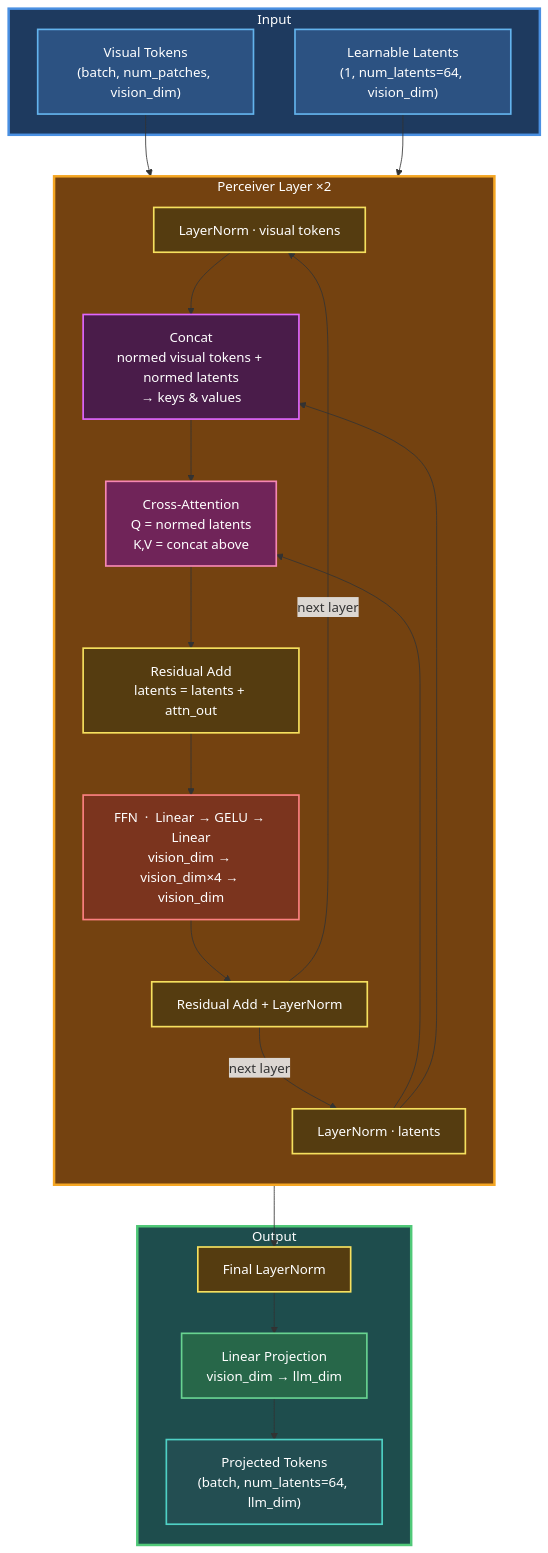
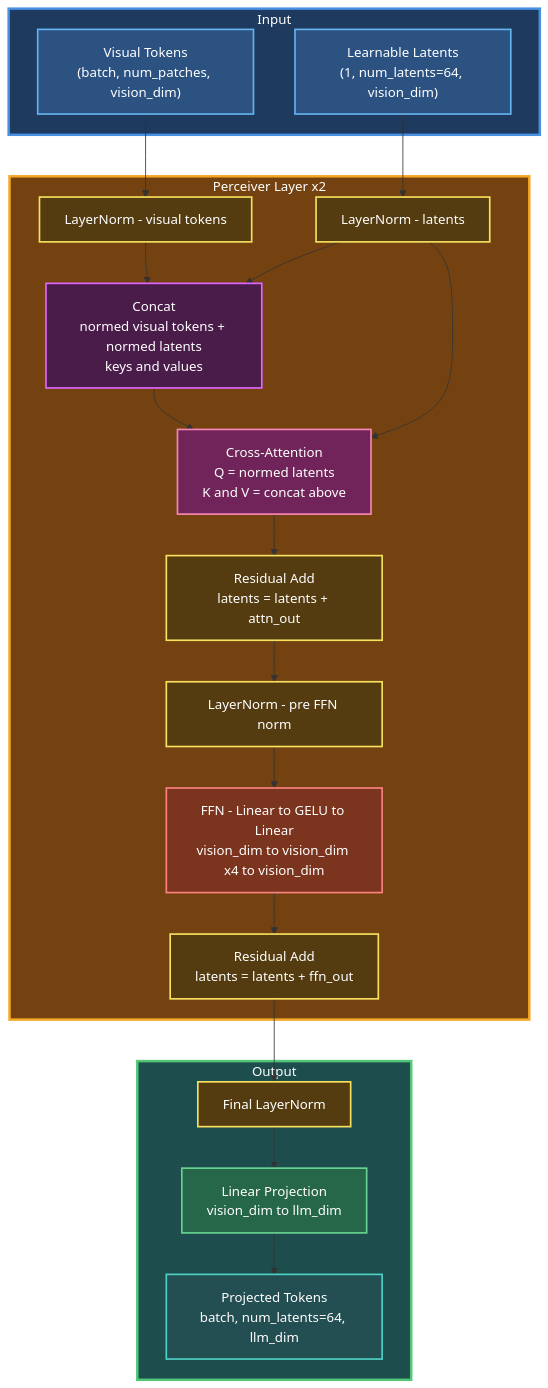
Before and after one commit to hinsonan/hinsonan.github.io: the third of 4 diagrams in _posts/2026-03-18-how-to-create-multi-modal-models-part-2.md, drawn with Mermaid. The commit also changed other lines of this file and 28 other files, not shown here.

```diff
--- a/_posts/2026-03-18-how-to-create-multi-modal-models-part-2.md
+++ b/_posts/2026-03-18-how-to-create-multi-modal-models-part-2.md
@@ -122,55 +120,55 @@
 <div class="mermaid">
 flowchart TB
     subgraph Input["Input"]
-        VT["Visual Tokens\n(batch, num_patches, vision_dim)"]
-        LA["Learnable Latents\n(1, num_latents=64, vision_dim)"]
+        VT["Visual Tokens<br/>(batch, num_patches, vision_dim)"]
+        LA["Learnable Latents<br/>(1, num_latents=64, vision_dim)"]
     end
 
-    subgraph Layer["Perceiver Layer  ×2"]
-        direction TB
-        NM["LayerNorm  ·  visual tokens"]
-        NL["LayerNorm  ·  latents"]
-        CAT["Concat\nnormed visual tokens + normed latents\n→ keys & values"]
-        CA["Cross-Attention\nQ = normed latents\nK,V = concat above"]
-        RES["Residual Add\nlatents = latents + attn_out"]
-        FFN["FFN  ·  Linear → GELU → Linear\nvision_dim → vision_dim×4 → vision_dim"]
-        FRES["Residual Add + LayerNorm"]
+    subgraph Layer["Perceiver Layer x2"]
+        NM["LayerNorm - visual tokens"]
+        NL["LayerNorm - latents"]
+        CAT["Concat<br/>normed visual tokens + normed latents<br/>keys and values"]
+        CA["Cross-Attention<br/>Q = normed latents<br/>K and V = concat above"]
+        RES["Residual Add<br/>latents = latents + attn_out"]
+        FFNORM["LayerNorm - pre FFN norm"]
+        FFN["FFN - Linear to GELU to Linear<br/>vision_dim to vision_dim x4 to vision_dim"]
+        FRES["Residual Add<br/>latents = latents + ffn_out"]
 
         NM --> CAT
         NL --> CA
         NL --> CAT
         CAT --> CA
         CA --> RES
-        RES --> FFN
+        RES --> FFNORM
+        FFNORM --> FFN
         FFN --> FRES
     end
 
     subgraph Output["Output"]
         FN["Final LayerNorm"]
-        OP["Linear Projection\nvision_dim → llm_dim"]
-        PT["Projected Tokens\n(batch, num_latents=64, llm_dim)"]
+        OP["Linear Projection<br/>vision_dim to llm_dim"]
+        PT["Projected Tokens<br/>batch, num_latents=64, llm_dim"]
         FN --> OP --> PT
     end
 
     VT --> NM
     LA --> NL
-    FRES -->|"next layer"| NM
-    FRES -->|"next layer"| NL
     FRES --> FN
 
     style Input fill:#1e3a5f,stroke:#4a90e2,stroke-width:3px,color:#fff
     style Layer fill:#744210,stroke:#f5a623,stroke-width:3px,color:#fff
     style Output fill:#1e4d4d,stroke:#50c878,stroke-width:3px,color:#fff
     style VT fill:#2c5282,stroke:#63b3ed,stroke-width:2px,color:#fff
     style LA fill:#2c5282,stroke:#63b3ed,stroke-width:2px,color:#fff
     style NM fill:#553c10,stroke:#f6e05e,stroke-width:2px,color:#fff
     style NL fill:#553c10,stroke:#f6e05e,stroke-width:2px,color:#fff
     style CAT fill:#4a1c4a,stroke:#e066ff,stroke-width:2px,color:#fff
     style CA fill:#702459,stroke:#f687b3,stroke-width:2px,color:#fff
     style RES fill:#553c10,stroke:#f6e05e,stroke-width:2px,color:#fff
+    style FFNORM fill:#553c10,stroke:#f6e05e,stroke-width:2px,color:#fff
     style FFN fill:#7b341e,stroke:#fc8181,stroke-width:2px,color:#fff
     style FRES fill:#553c10,stroke:#f6e05e,stroke-width:2px,color:#fff
     style FN fill:#553c10,stroke:#f6e05e,stroke-width:2px,color:#fff
     style OP fill:#276749,stroke:#68d391,stroke-width:2px,color:#fff
     style PT fill:#234e52,stroke:#4fd1c5,stroke-width:2px,color:#fff
 </div>
```
